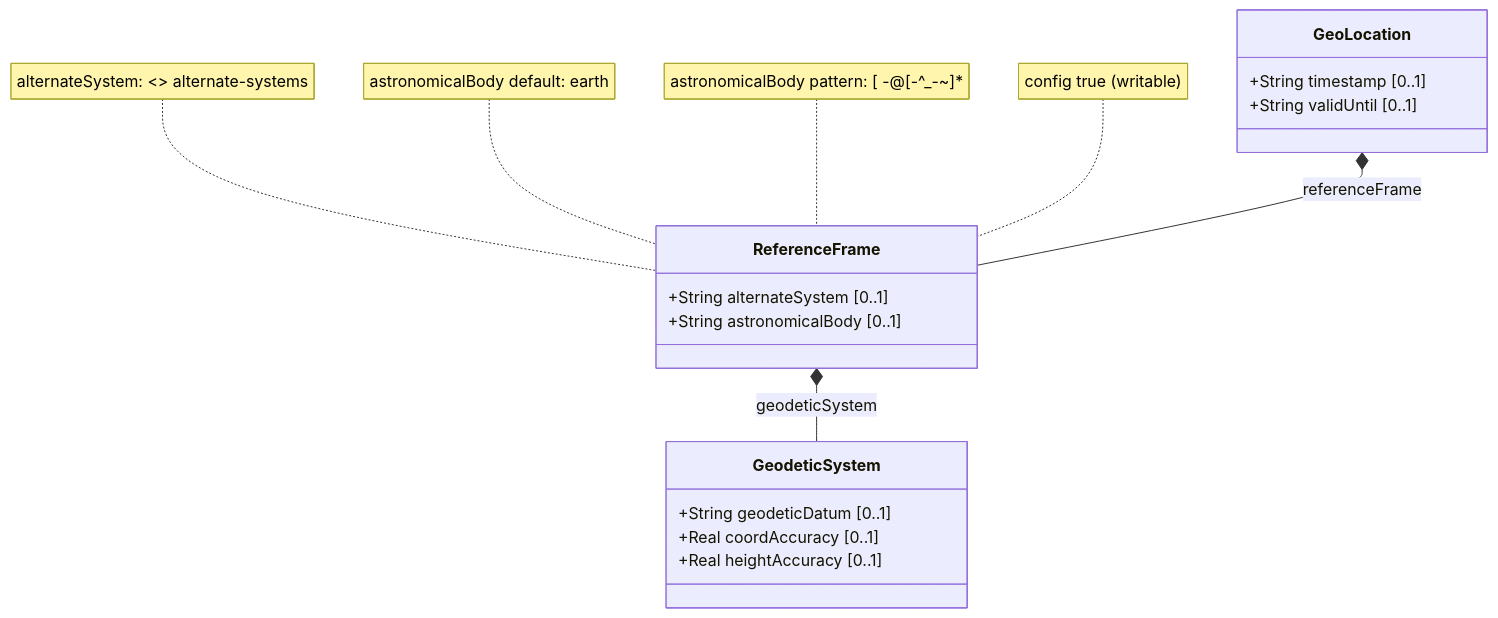
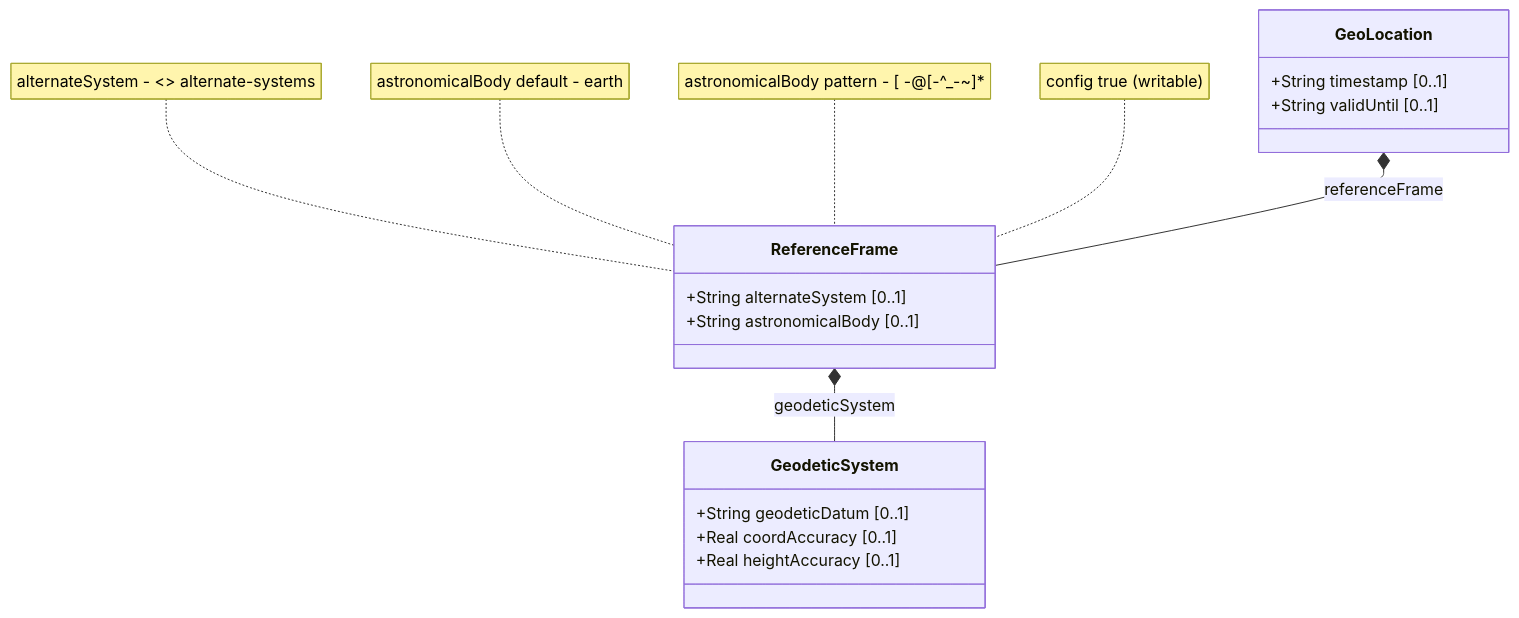
One commit to gintatkinson/3dgs-030 changed the diagram in docs/features/feat-07-reference-frame.md. Above: the diagram before and after it, drawn with Mermaid. The commit also changed 12 other files, not shown here.

Commit message:
fix: remove colons from Mermaid note strings and <<case>> from relationship edges across all features, epics, and use cases

````diff
--- a/docs/features/feat-07-reference-frame.md
+++ b/docs/features/feat-07-reference-frame.md
@@ -25,22 +25,22 @@
 ```mermaid
 classDiagram
     class GeoLocation {
         +String timestamp [0..1]
         +String validUntil [0..1]
     }
     class ReferenceFrame {
         +String alternateSystem [0..1]
         +String astronomicalBody [0..1]
     }
     class GeodeticSystem {
         +String geodeticDatum [0..1]
         +Real coordAccuracy [0..1]
         +Real heightAccuracy [0..1]
     }
     GeoLocation *-- ReferenceFrame : referenceFrame
     ReferenceFrame *-- GeodeticSystem : geodeticSystem
-    note for ReferenceFrame "alternateSystem: <<feature_guard>> alternate-systems"
-    note for ReferenceFrame "astronomicalBody default: earth"
-    note for ReferenceFrame "astronomicalBody pattern: [ -@[-^_-~]*"
+    note for ReferenceFrame "alternateSystem - <<feature_guard>> alternate-systems"
+    note for ReferenceFrame "astronomicalBody default - earth"
+    note for ReferenceFrame "astronomicalBody pattern - [ -@[-^_-~]*"
     note for ReferenceFrame "config true (writable)"
 ```
````
